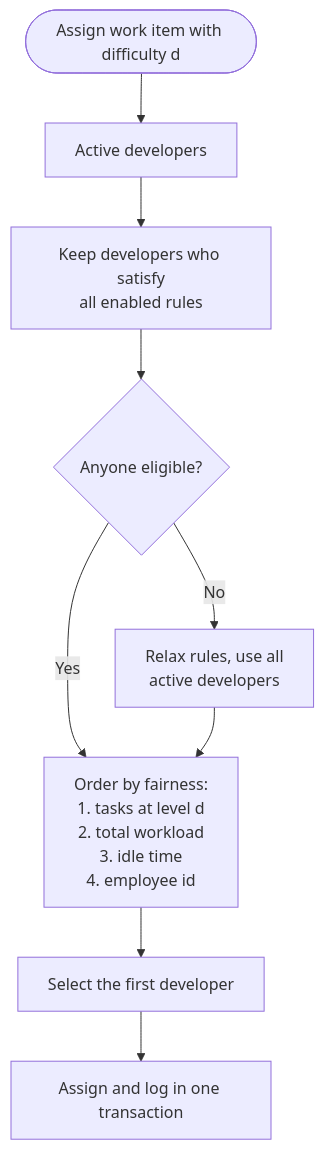
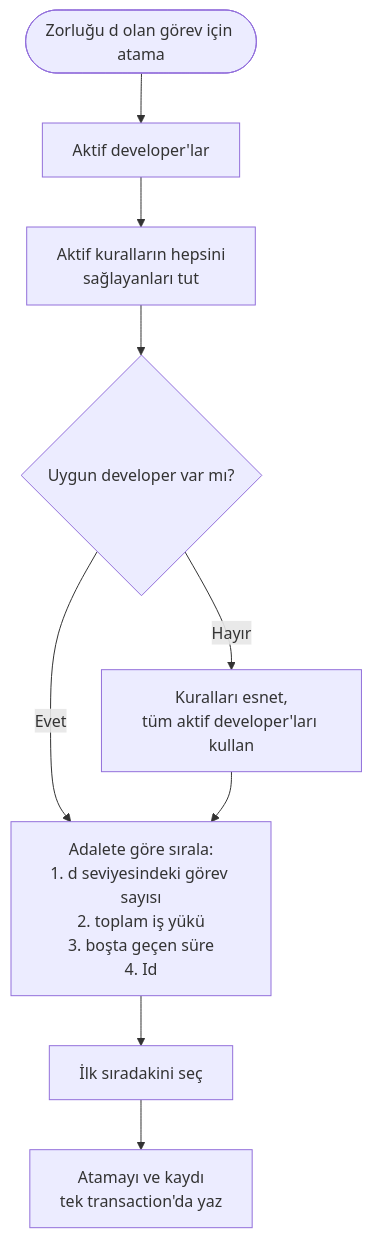
The second of 3 diagrams in README.md (grbzemir/TaskDistribution), drawn with Mermaid before and after one commit. The commit also changed other lines of this file and 2 other files, not shown here.

````diff
--- a/README.md
+++ b/README.md
@@ -235,11 +467,11 @@
 ```mermaid
 flowchart TD
-    Start(["Assign work item with difficulty d"]) --> Pool["Active developers"]
-    Pool --> Filter["Keep developers who satisfy<br/>all enabled rules"]
-    Filter --> Any{"Anyone eligible?"}
-    Any -- Yes --> Order["Order by fairness:<br/>1. tasks at level d<br/>2. total workload<br/>3. idle time<br/>4. employee id"]
-    Any -- No --> Relax["Relax rules, use all<br/>active developers"]
+    Start(["Zorluğu d olan görev için atama"]) --> Pool["Aktif developer'lar"]
+    Pool --> Filter["Aktif kuralların hepsini<br/>sağlayanları tut"]
+    Filter --> Any{"Uygun developer var mı?"}
+    Any -- Evet --> Order["Adalete göre sırala:<br/>1. d seviyesindeki görev sayısı<br/>2. toplam iş yükü<br/>3. boşta geçen süre<br/>4. Id"]
+    Any -- Hayır --> Relax["Kuralları esnet,<br/>tüm aktif developer'ları kullan"]
     Relax --> Order
-    Order --> Pick["Select the first developer"]
-    Pick --> Save["Assign and log in one transaction"]
+    Order --> Pick["İlk sıradakini seç"]
+    Pick --> Save["Atamayı ve kaydı<br/>tek transaction'da yaz"]
 ```
````
